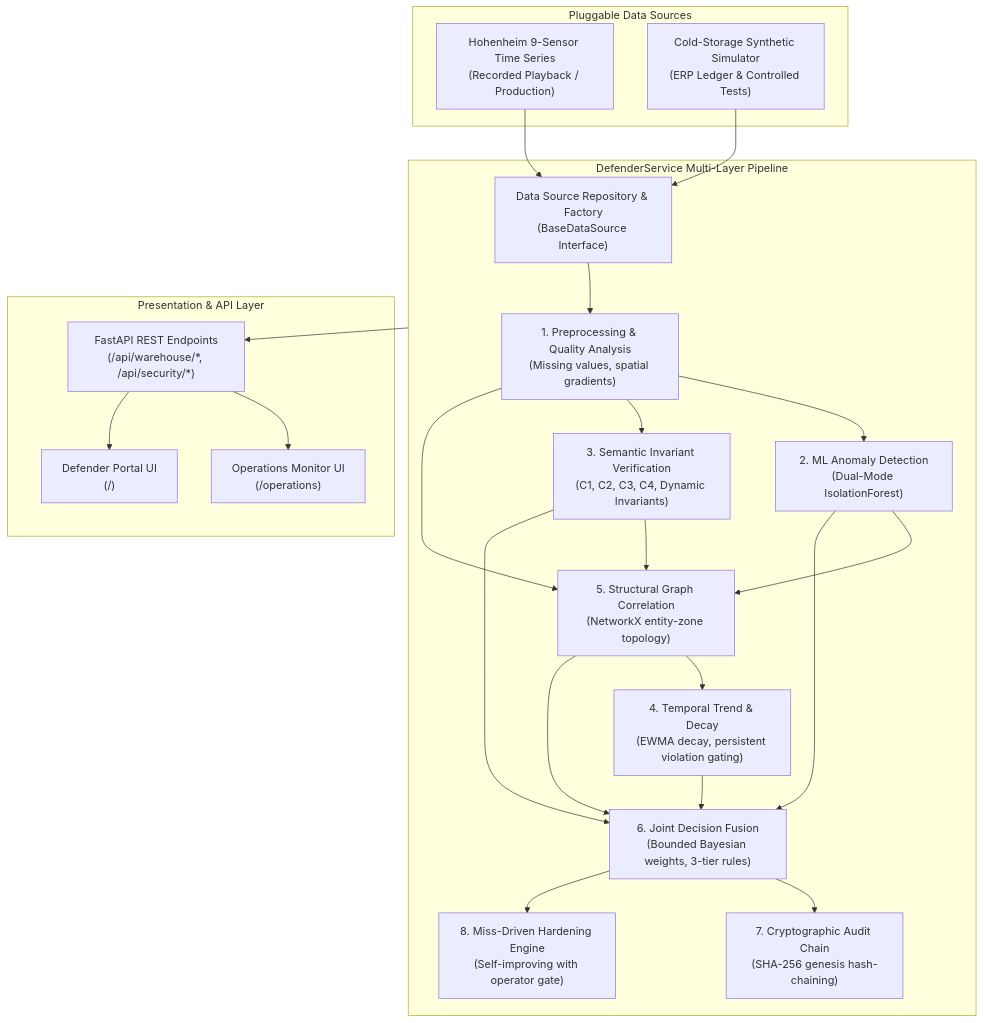
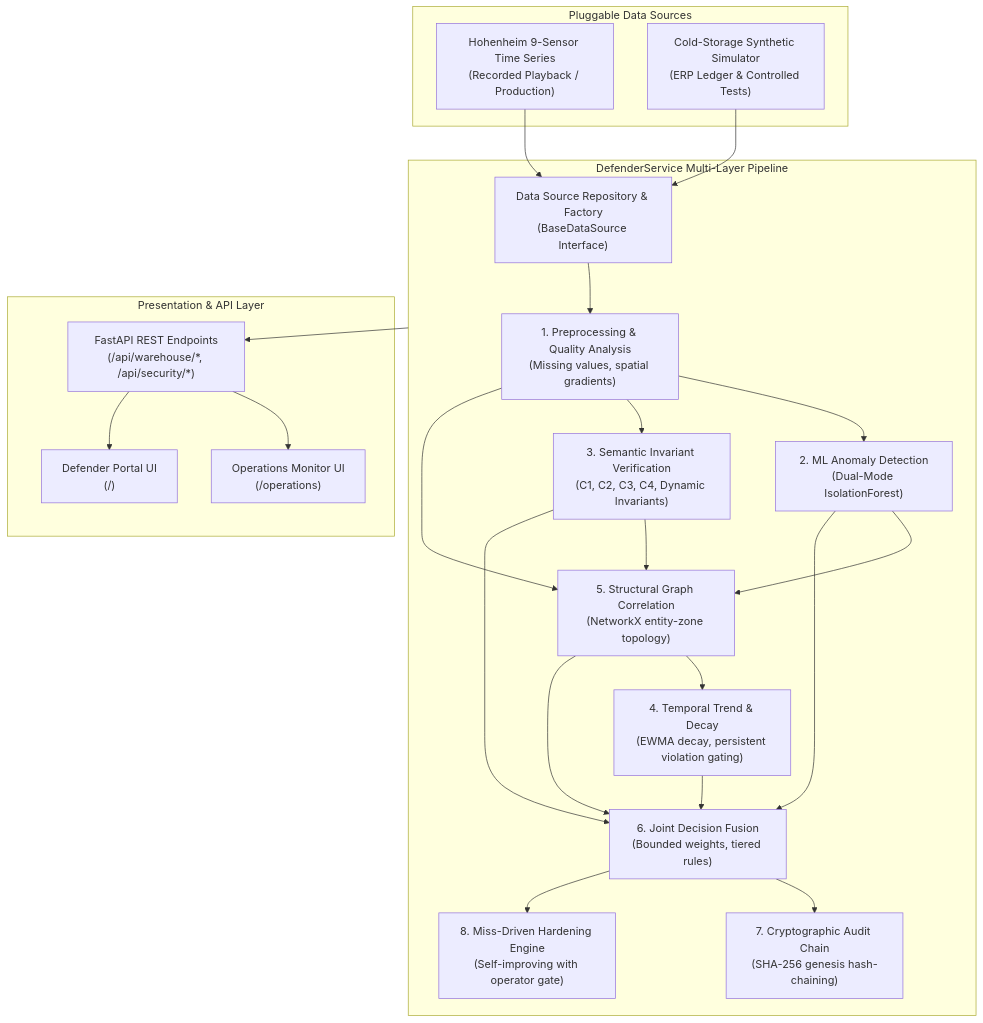
The diagram in docs/ARCHITECTURE.md (durga-61/optimus-purple-team), drawn with Mermaid before and after one commit. The commit also changed other lines of this file and 13 other files, not shown here.

````diff
--- a/docs/ARCHITECTURE.md
+++ b/docs/ARCHITECTURE.md
@@ -9,49 +9,49 @@
 ```mermaid
 flowchart TD
     subgraph DataSources["Pluggable Data Sources"]
         HOH["Hohenheim 9-Sensor Time Series<br/>(Recorded Playback / Production)"]
         SIM["Cold-Storage Synthetic Simulator<br/>(ERP Ledger & Controlled Tests)"]
     end
 
     REPO["Data Source Repository & Factory<br/>(BaseDataSource Interface)"]
     HOH --> REPO
     SIM --> REPO
 
     subgraph DefenderPipeline["DefenderService Multi-Layer Pipeline"]
         PRE["1. Preprocessing & Quality Analysis<br/>(Missing values, spatial gradients)"]
         REPO --> PRE
 
         ML["2. ML Anomaly Detection<br/>(Dual-Mode IsolationForest)"]
         SEM["3. Semantic Invariant Verification<br/>(C1, C2, C3, C4, Dynamic Invariants)"]
         TEMP["4. Temporal Trend & Decay<br/>(EWMA decay, persistent violation gating)"]
         STRUCT["5. Structural Graph Correlation<br/>(NetworkX entity-zone topology)"]
 
         PRE --> ML
         PRE --> SEM
         PRE --> STRUCT
         SEM --> STRUCT
         ML --> STRUCT
         STRUCT --> TEMP
 
-        FUSION["6. Joint Decision Fusion<br/>(Bounded Bayesian weights, 3-tier rules)"]
+        FUSION["6. Joint Decision Fusion<br/>(Bounded weights, tiered rules)"]
         ML --> FUSION
         SEM --> FUSION
         TEMP --> FUSION
         STRUCT --> FUSION
 
         AUDIT["7. Cryptographic Audit Chain<br/>(SHA-256 genesis hash-chaining)"]
         HARD["8. Miss-Driven Hardening Engine<br/>(Self-improving with operator gate)"]
         FUSION --> AUDIT
         FUSION --> HARD
     end
 
     subgraph Interfaces["Presentation & API Layer"]
         API["FastAPI REST Endpoints<br/>(/api/warehouse/*, /api/security/*)"]
         OPS["Operations Monitor UI<br/>(/operations)"]
         SEC["Defender Portal UI<br/>(/)"]
     end
 
     DefenderPipeline --> API
     API --> OPS
     API --> SEC
 ```
````
